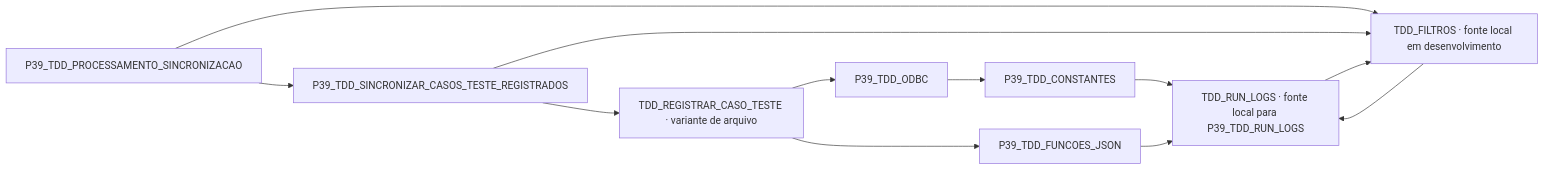
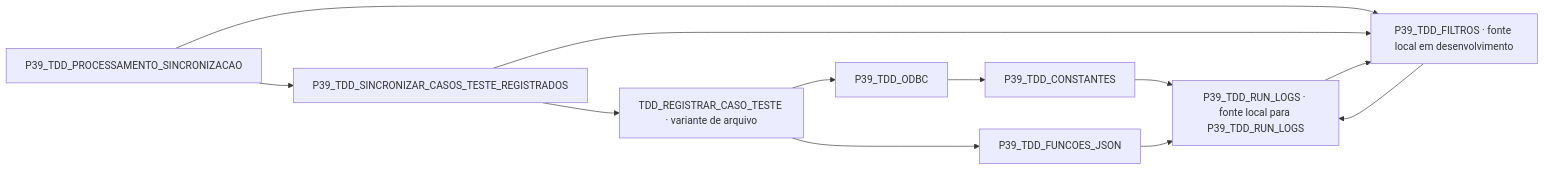
The diagram in docs/MAPEAMENTO_AST_USES_UNITS/p39-tdd-registrar-caso-teste/sincronizacao.md (ModulosTestesAutomatizados/TestesAutomatizadosERP), drawn with Mermaid before and after one commit. The commit also changed 69 other files, not shown here.

````diff
--- a/docs/MAPEAMENTO_AST_USES_UNITS/p39-tdd-registrar-caso-teste/sincronizacao.md
+++ b/docs/MAPEAMENTO_AST_USES_UNITS/p39-tdd-registrar-caso-teste/sincronizacao.md
@@ -3,24 +3,24 @@
 ```mermaid
 flowchart LR
   P39_TDD_CONSTANTES["P39_TDD_CONSTANTES"]
   P39_TDD_FUNCOES_JSON["P39_TDD_FUNCOES_JSON"]
   P39_TDD_ODBC["P39_TDD_ODBC"]
   P39_TDD_PROCESSAMENTO_SINCRONIZACAO["P39_TDD_PROCESSAMENTO_SINCRONIZACAO"]
-  TDD_RUN_LOGS["TDD_RUN_LOGS · fonte local para P39_TDD_RUN_LOGS"]
+  P39_TDD_RUN_LOGS["P39_TDD_RUN_LOGS · fonte local para P39_TDD_RUN_LOGS"]
   P39_TDD_SINCRONIZAR_CASOS_TESTE_REGISTRADOS["P39_TDD_SINCRONIZAR_CASOS_TESTE_REGISTRADOS"]
-  TDD_FILTROS["TDD_FILTROS · fonte local em desenvolvimento"]
+  P39_TDD_FILTROS["P39_TDD_FILTROS · fonte local em desenvolvimento"]
   TDD_REGISTRAR_CASO_TESTE["TDD_REGISTRAR_CASO_TESTE · variante de arquivo"]
-  P39_TDD_CONSTANTES --> TDD_RUN_LOGS
-  P39_TDD_FUNCOES_JSON --> TDD_RUN_LOGS
+  P39_TDD_CONSTANTES --> P39_TDD_RUN_LOGS
+  P39_TDD_FUNCOES_JSON --> P39_TDD_RUN_LOGS
   P39_TDD_ODBC --> P39_TDD_CONSTANTES
   P39_TDD_PROCESSAMENTO_SINCRONIZACAO --> P39_TDD_SINCRONIZAR_CASOS_TESTE_REGISTRADOS
-  P39_TDD_PROCESSAMENTO_SINCRONIZACAO --> TDD_FILTROS
-  TDD_FILTROS --> TDD_RUN_LOGS
+  P39_TDD_PROCESSAMENTO_SINCRONIZACAO --> P39_TDD_FILTROS
+  P39_TDD_FILTROS --> P39_TDD_RUN_LOGS
   P39_TDD_SINCRONIZAR_CASOS_TESTE_REGISTRADOS --> TDD_REGISTRAR_CASO_TESTE
 
-  P39_TDD_SINCRONIZAR_CASOS_TESTE_REGISTRADOS --> TDD_FILTROS
+  P39_TDD_SINCRONIZAR_CASOS_TESTE_REGISTRADOS --> P39_TDD_FILTROS
 
-  TDD_RUN_LOGS --> TDD_FILTROS
+  P39_TDD_RUN_LOGS --> P39_TDD_FILTROS
   TDD_REGISTRAR_CASO_TESTE --> P39_TDD_FUNCOES_JSON
   TDD_REGISTRAR_CASO_TESTE --> P39_TDD_ODBC
 ```
````
